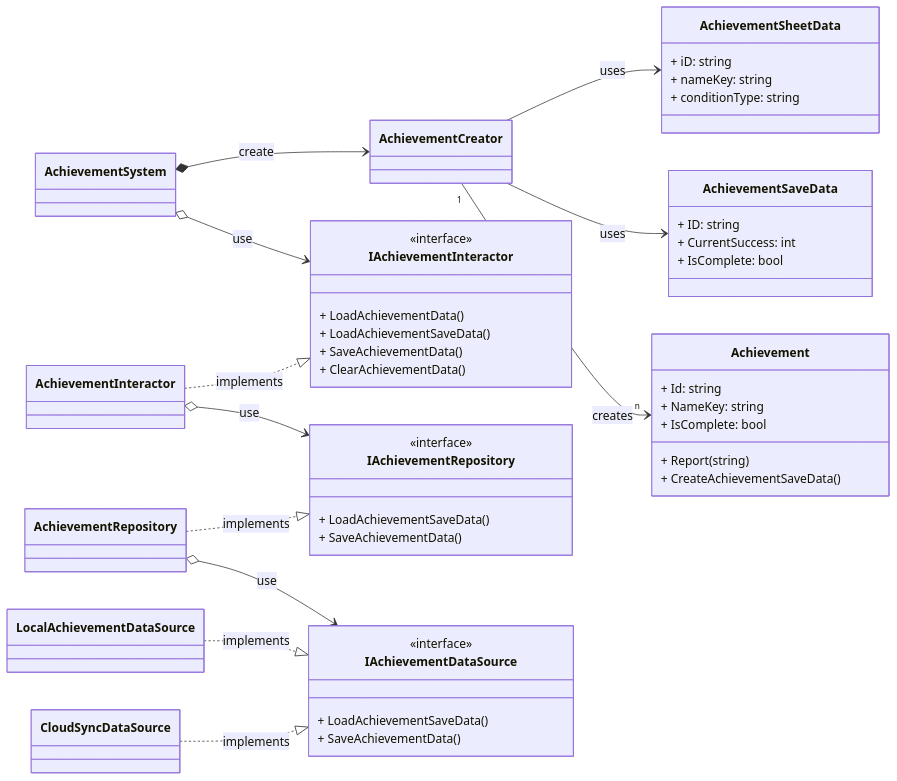
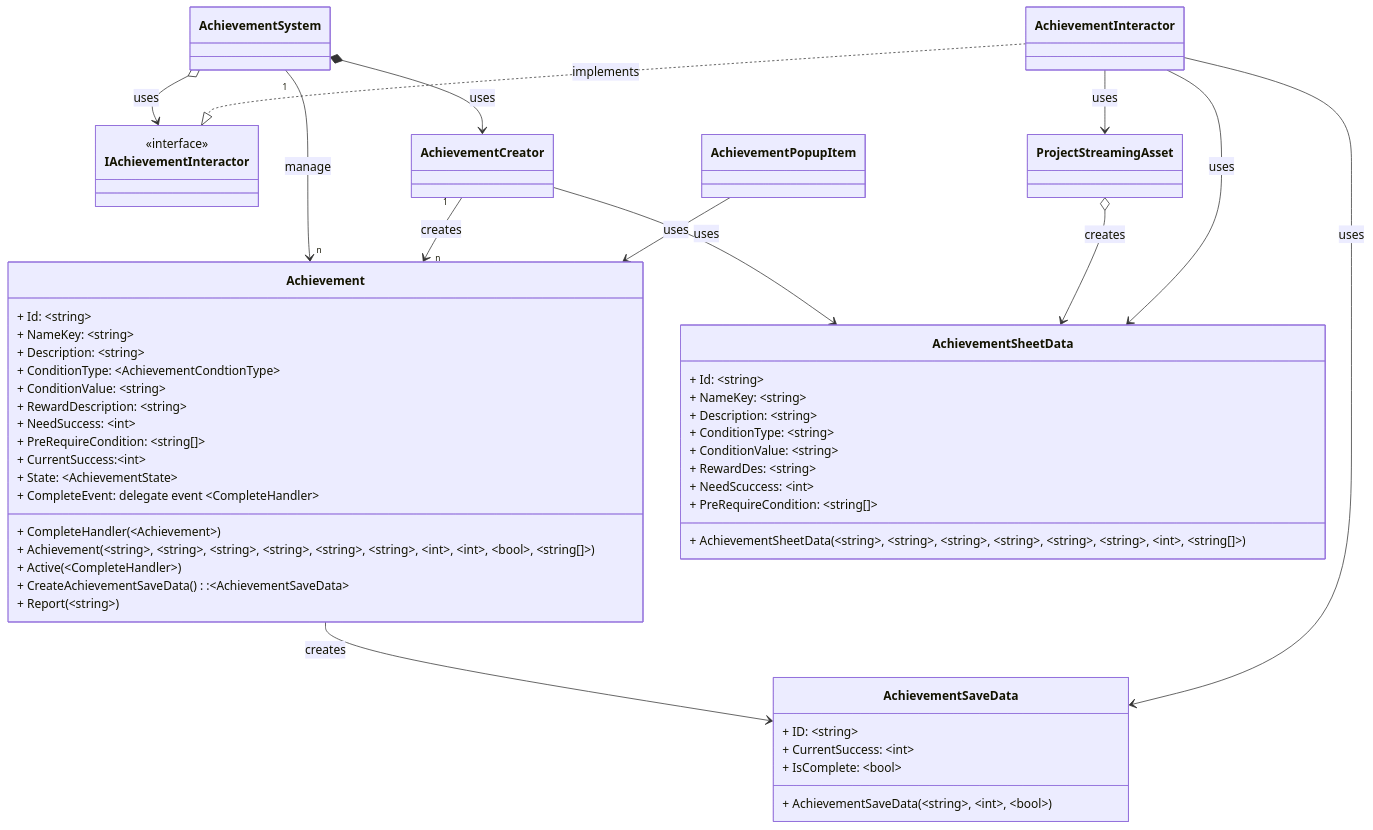
The third of 6 diagrams in content/docs/Projects/SlimeRush/AchievementSystem/Overview.md (CosmicGiantKoala/CosmicGiantKoala.github.io), drawn with Mermaid before and after one commit. The commit also changed other lines of this file and 21 other files, not shown here.

First line of the commit message:
feat: SlimeRush 에셋 추가 및 AchievementSystem 문서 개선

````diff
--- a/content/docs/Projects/SlimeRush/AchievementSystem/Overview.md
+++ b/content/docs/Projects/SlimeRush/AchievementSystem/Overview.md
@@ -249,57 +174,56 @@
 ```mermaid
 classDiagram
-    direction LR
-    class AchievementCreator
-    
+    direction TD
     class Achievement {
-        + Id: string
-        + NameKey: string
-        + IsComplete: bool
-        + Report(string)
-        + CreateAchievementSaveData()
+        + Id: ~string~
+        + NameKey: ~string~
+        + Description: ~string~
+        + ConditionType: ~AchievementCondtionType~
+        + ConditionValue: ~string~
+        + RewardDescription: ~string~
+        + NeedSuccess: ~int~
+        + PreRequireCondition: ~string[]~
+        + CurrentSuccess:~int~
+        + State: ~AchievementState~
+        + CompleteEvent: delegate event ~CompleteHandler~
+        + CompleteHandler(~Achievement~)
+        + Achievement(~string~, ~string~, ~string~, ~string~, ~string~, ~string~, ~int~, ~int~, ~bool~, ~string[]~)
+        + Active(~CompleteHandler~)
+        + CreateAchievementSaveData():~AchievementSaveData~
+        + Report(~string~)
     }
 
     class AchievementSheetData {
-        + iD: string
-        + nameKey: string
-        + conditionType: string
+        + Id: ~string~
+        + NameKey: ~string~
+        + Description: ~string~
+        + ConditionType: ~string~
+        + ConditionValue: ~string~
+        + RewardDes: ~string~
+        + NeedScuccess: ~int~
+        + PreRequireCondition: ~string[]~
+        + AchievementSheetData(~string~, ~string~, ~string~, ~string~, ~string~, ~string~, ~int~, ~string[]~)
     }
 
     class AchievementSaveData {
-        + ID: string
-        + CurrentSuccess: int
-        + IsComplete: bool
+        + ID: ~string~
+        + CurrentSuccess: ~int~
+        + IsComplete: ~bool~
+        + AchievementSaveData(~string~, ~int~, ~bool~)
     }
+    
+    class IAchievementInteractor { <<interface>>}
 
-    class IAchievementInteractor {
-        <<interface>>
-        + LoadAchievementData()
-        + LoadAchievementSaveData()
-        + SaveAchievementData()
-        + ClearAchievementData()
-    }
-
-    class IAchievementRepository {
-        <<interface>>
-        + LoadAchievementSaveData()
-        + SaveAchievementData()
-    }
-
-    class IAchievementDataSource {
-        <<interface>>
-        + LoadAchievementSaveData()
-        + SaveAchievementData()
-    }
-
-    AchievementSystem *--> AchievementCreator : create
-    AchievementSystem o--> IAchievementInteractor : use
-    AchievementCreator --> AchievementSheetData: uses
-    AchievementCreator --> AchievementSaveData: uses
-    AchievementCreator "1" --> "n" Achievement: creates
-    AchievementInteractor ..|> IAchievementInteractor: implements
-    AchievementInteractor o--> IAchievementRepository : use
-    AchievementRepository ..|> IAchievementRepository: implements
-    AchievementRepository o--> IAchievementDataSource : use
-    LocalAchievementDataSource ..|> IAchievementDataSource: implements
-    CloudSyncDataSource ..|> IAchievementDataSource: implements
+    AchievementSystem "1" --> "n" Achievement : manage
+    AchievementSystem *--> AchievementCreator : uses
+    AchievementCreator "1" --> "n" Achievement : creates
+    AchievementCreator --> AchievementSheetData : uses
+    AchievementPopupItem --> Achievement : uses
+    ProjectStreamingAsset o--> AchievementSheetData : creates
+    AchievementInteractor --> AchievementSheetData : uses
+    AchievementInteractor --> ProjectStreamingAsset : uses
+    Achievement --> AchievementSaveData : creates
+    AchievementInteractor --> AchievementSaveData : uses
+    AchievementSystem o--> IAchievementInteractor : uses
+    AchievementInteractor ..|> IAchievementInteractor : implements
 ```
````
